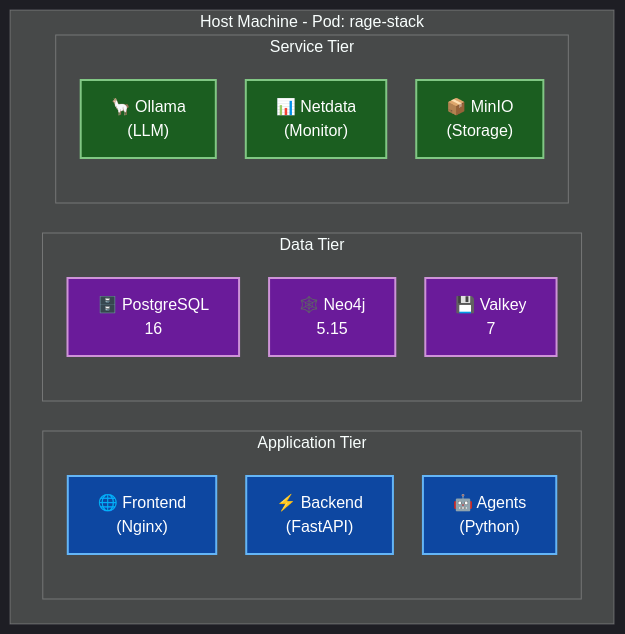
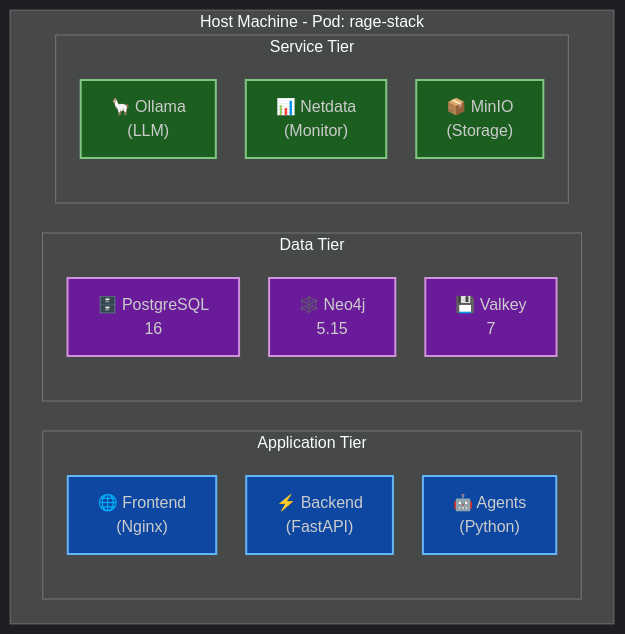
One commit to veics/rage_pitch changed the first of 2 diagrams in docs/DEPLOYMENT.md. Above: the diagram before and after it, drawn with Mermaid. The commit also changed other lines of this file and 8 other files, not shown here.

````diff
--- a/docs/DEPLOYMENT.md
+++ b/docs/DEPLOYMENT.md
@@ -28,33 +28,33 @@
 ```mermaid
 %%{init: {'theme':'dark', 'flowchart': {'nodeSpacing': 30, 'rankSpacing': 40, 'curve': 'basis'}}}%%
 graph TB
     %% Title: RAGE Container Architecture - Podman Pod
     subgraph Host["Host Machine - Pod: rage-stack"]
         subgraph App["Application Tier"]
             FE["🌐 Frontend<br/>(Nginx)"]
             BE["⚡ Backend<br/>(FastAPI)"]
             AG["🤖 Agents<br/>(Python)"]
         end
         
         subgraph Data["Data Tier"]
             PG["🗄️ PostgreSQL<br/>16"]
             NEO["🕸️ Neo4j<br/>5.15"]
             VAL["💾 Valkey<br/>7"]
         end
         
         subgraph Services["Service Tier"]
             OLL["🦙 Ollama<br/>(LLM)"]
             NET["📊 Netdata<br/>(Monitor)"]
             MIN["📦 MinIO<br/>(Storage)"]
         end
     end
     
-    classDef app fill:#0d47a1,stroke:#64b5f6,stroke-width:2px,color:#fff;
-    classDef data fill:#6a1b9a,stroke:#ce93d8,stroke-width:2px,color:#fff;
-    classDef service fill:#1b5e20,stroke:#81c784,stroke-width:2px,color:#fff;
+    classDef app fill:#0d47a1,stroke:#64b5f6,stroke-width:2px;
+    classDef data fill:#6a1b9a,stroke:#ce93d8,stroke-width:2px;
+    classDef service fill:#1b5e20,stroke:#81c784,stroke-width:2px;
     
     class FE,BE,AG app;
     class PG,NEO,VAL data;
     class OLL,NET,MIN service;
     linkStyle default stroke:#64b5f6,stroke-width:2px;
 ```
````
